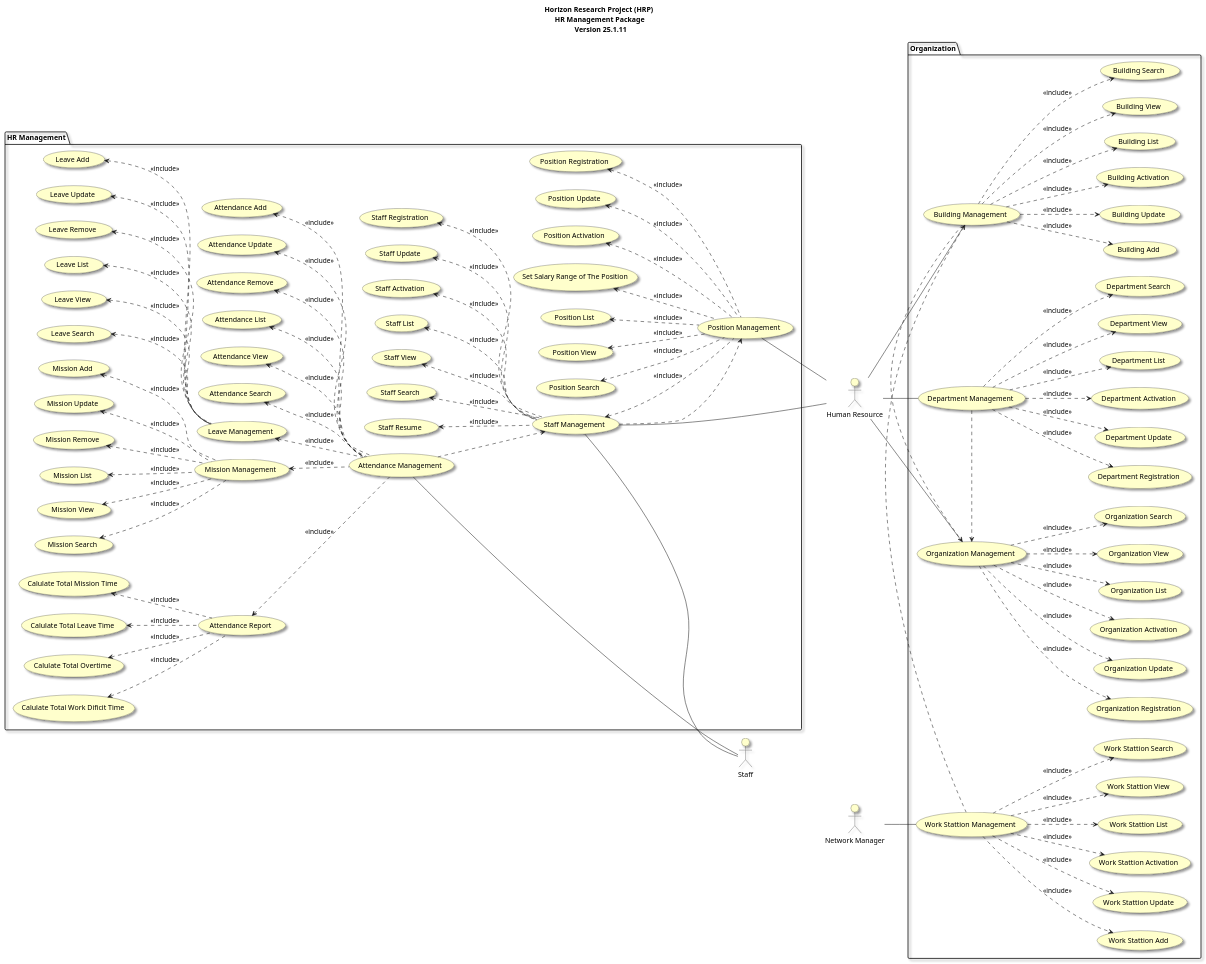
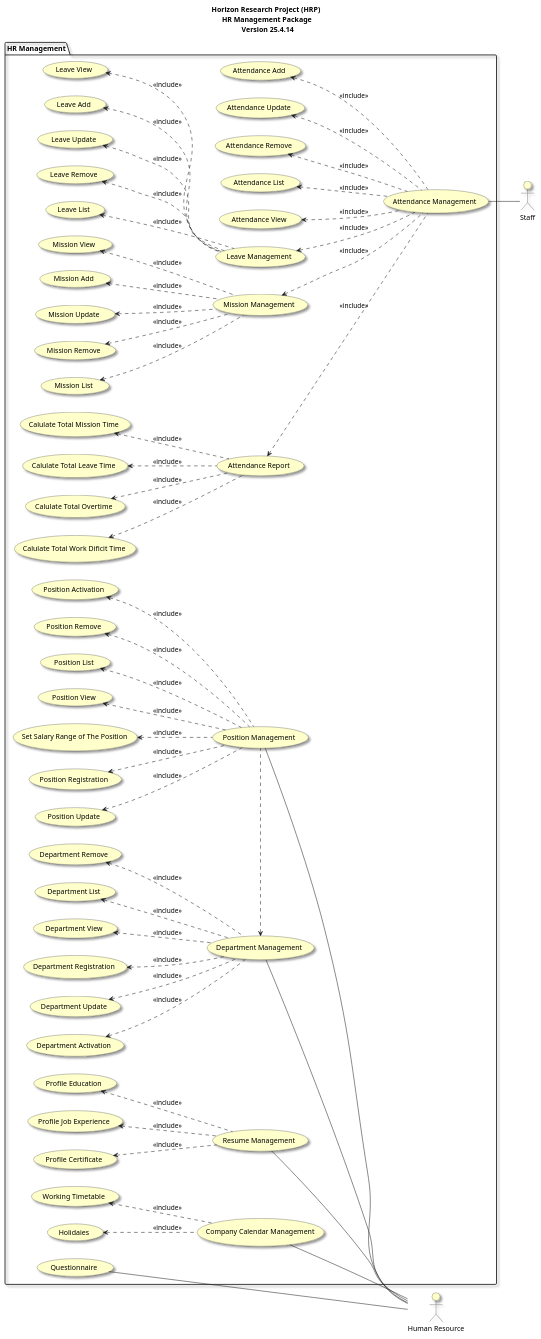
Before and after one commit to mahyaresteki/Horizon: the diagram in 3-HorizonModeling/HorizonUml/UseCase/Use Case/Packages/HRManagementUseCaseDiagram.puml, drawn with PlantUML. The commit also changed 1 other file, not shown here.

```diff
--- a/3-HorizonModeling/HorizonUml/UseCase/Use Case/Packages/HRManagementUseCaseDiagram.puml
+++ b/3-HorizonModeling/HorizonUml/UseCase/Use Case/Packages/HRManagementUseCaseDiagram.puml
@@ -1,174 +1,126 @@
 @startuml
 left to right direction
 
 skinparam useCaseBackgroundColor #Business
 skinparam actorBackgroundColor #Business
 skinparam Shadowing True
 
-title Horizon Research Project (HRP) \n HR Management Package \n Version 25.1.11
+title Horizon Research Project (HRP) \n HR Management Package \n Version 25.4.14
 
 :Human Resource: as HR
-:Network Manager: as NetworkManager
 :Staff: as Staff
 
 package "HR Management"{
+    usecase "Department Management" as departmentManagement
+    usecase "Department Registration" as departmentRegistration
+    usecase "Department Update" as departmentUpdate
+    usecase "Department Activation" as departmentActivation
+    usecase "Department Remove" as departmentRemove
+    usecase "Department List" as departmentList
+    usecase "Department View" as departmentView
+
     usecase "Position Management" as positionManagement
     usecase "Position Registration" as positionRegistration
     usecase "Position Update" as positionUpdate
     usecase "Position Activation" as positionActivation
-    usecase "Set Salary Range of The Position" as setPositionSalaryrange
+    usecase "Position Remove" as positionRemove
     usecase "Position List" as positionList
     usecase "Position View" as positionView
-    usecase "Position Search" as positionSearch
-    usecase "Staff Management" as staffManagement
-    usecase "Staff Registration" as staffRegistration
-    usecase "Staff Update" as staffUpdate
-    usecase "Staff Activation" as staffActivation
-    usecase "Staff List" as staffList
-    usecase "Staff View" as staffView
-    usecase "Staff Search" as staffSearch
-    usecase "Staff Resume" as staffResume
+    usecase "Set Salary Range of The Position" as setPositionSalaryrange
+
     usecase "Attendance Management" as attendanceManagement
     usecase "Attendance Add" as attendanceAdd
     usecase "Attendance Update" as AttendanceUpdate
     usecase "Attendance Remove" as AttendanceRemove
     usecase "Attendance List" as attendanceList
     usecase "Attendance View" as attendanceView
-    usecase "Attendance Search" as attendanceSearch
+
     usecase "Leave Management" as leaveManagement
     usecase "Leave Add" as leaveAdd
     usecase "Leave Update" as leaveUpdate
     usecase "Leave Remove" as leaveRemove
     usecase "Leave List" as leaveList
     usecase "Leave View" as leaveView
-    usecase "Leave Search" as leaveSearch
+
     usecase "Mission Management" as missionManagement
     usecase "Mission Add" as missionAdd
     usecase "Mission Update" as missionUpdate
     usecase "Mission Remove" as missionRemove
     usecase "Mission List" as missionList
     usecase "Mission View" as missionView
-    usecase "Mission Search" as missionSearch
+
     usecase "Attendance Report" as attendanceReport
     usecase "Calulate Total Mission Time" as totalMissionTime
     usecase "Calulate Total Leave Time" as totalLeaveTime
     usecase "Calulate Total Overtime" as totalOvertime
     usecase "Calulate Total Work Dificit Time" as totalWorkDificitTime
-    
+
+    usecase "Resume Management" as resumeManagement
+    usecase "Profile Education" as profileEducation
+    usecase "Profile Job Experience" as profileJobExperience
+    usecase "Profile Certificate" as profileCertificate
+
+    usecase "Company Calendar Management" as compnayCalendarManagement
+    usecase "Working Timetable" as workingTimeTable
+    usecase "Holidaies" as holidaies
+    usecase "Questionnaire" as questionnaire
 }
 
-package "Organization"{
-    usecase "Organization Management" as organizationManagement
-    usecase "Organization Registration" as organizationRegistration
-    usecase "Organization Update" as organizationUpdate
-    usecase "Organization Activation" as organizationActivation
-    usecase "Organization List" as organizationList
-    usecase "Organization View" as organizationView
-    usecase "Organization Search" as organizationSearch
-    usecase "Department Management" as departmentManagement
-    usecase "Department Registration" as departmentRegistration
-    usecase "Department Update" as departmentUpdate
-    usecase "Department Activation" as departmentActivation
-    usecase "Department List" as departmentList
-    usecase "Department View" as departmentView
-    usecase "Department Search" as departmentSearch
-    usecase "Building Management" as buildingManagement
-    usecase "Building Add" as buildingAdd
-    usecase "Building Update" as buildingUpdate
-    usecase "Building Activation" as buildingActivation
-    usecase "Building List" as buildingList
-    usecase "Building View" as buildingView
-    usecase "Building Search" as buildingSearch
-    usecase "Work Stattion Management" as workStationManagement
-    usecase "Work Stattion Add" as workStationAdd
-    usecase "Work Stattion Update" as workStationUpdate
-    usecase "Work Stattion Activation" as workStationActivation
-    usecase "Work Stattion List" as workStationList
-    usecase "Work Stattion View" as workStationView
-    usecase "Work Stattion Search" as workStationSearch
-}
 
-HR -- departmentManagement
-HR -- organizationManagement
-HR -- buildingManagement
-NetworkManager -- workStationManagement
 
-departmentManagement .> organizationManagement
-buildingManagement <. workStationManagement
-buildingManagement .> organizationManagement
 
-organizationManagement ..> organizationRegistration : <<include>>
-organizationManagement ..> organizationUpdate : <<include>>
-organizationManagement ..> organizationActivation : <<include>>
-organizationManagement ..> organizationList : <<include>>
-organizationManagement ..> organizationView : <<include>>
-organizationManagement ..> organizationSearch : <<include>>
-departmentManagement ..> departmentRegistration : <<include>>
-departmentManagement ..> departmentUpdate : <<include>>
-departmentManagement ..> departmentActivation : <<include>>
-departmentManagement ..> departmentList : <<include>>
-departmentManagement ..> departmentView : <<include>>
-departmentManagement ..> departmentSearch : <<include>>
-buildingManagement ..> buildingAdd : <<include>>
-buildingManagement ..> buildingUpdate : <<include>>
-buildingManagement ..> buildingActivation : <<include>>
-buildingManagement ..> buildingList : <<include>>
-buildingManagement ..> buildingView : <<include>>
-buildingManagement ..> buildingSearch : <<include>>
-workStationManagement ..> workStationAdd : <<include>>
-workStationManagement ..> workStationUpdate : <<include>>
-workStationManagement ..> workStationActivation : <<include>>
-workStationManagement ..> workStationList : <<include>>
-workStationManagement ..> workStationView : <<include>>
-workStationManagement ..> workStationSearch : <<include>>
+departmentRegistration <.. departmentManagement : <<include>>
+departmentUpdate <.. departmentManagement : <<include>>
+departmentActivation <.. departmentManagement : <<include>>
+departmentRemove <.. departmentManagement : <<include>>
+departmentList <.. departmentManagement : <<include>>
+departmentView <.. departmentManagement : <<include>>
 
-staffManagement -- HR
+departmentManagement -- HR
 positionManagement -- HR
-staffManagement -- Staff
+resumeManagement -- HR
+compnayCalendarManagement -- HR
+questionnaire -- HR
 attendanceManagement -- Staff
-
-staffManagement ..> positionManagement
-attendanceManagement ..> staffManagement
-
-staffRegistration <.. staffManagement : <<include>>
-staffUpdate <.. staffManagement : <<include>>
-staffActivation <.. staffManagement : <<include>>
-staffList <.. staffManagement : <<include>>
-staffView <.. staffManagement : <<include>>
-staffSearch <.. staffManagement : <<include>>
-staffResume <.. staffManagement : <<include>>
+departmentManagement <. positionManagement
 positionRegistration <.. positionManagement : <<include>>
 positionUpdate <.. positionManagement : <<include>>
+positionRemove <.. positionManagement : <<include>>
 positionActivation <.. positionManagement : <<include>>
 positionList <.. positionManagement : <<include>>
 positionView <.. positionManagement : <<include>>
-positionSearch <.. positionManagement : <<include>>
 setPositionSalaryrange <.. positionManagement : <<include>>
-staffManagement <.. positionManagement : <<include>>
 
 attendanceAdd <.. attendanceManagement : <<include>>
 AttendanceUpdate <.. attendanceManagement : <<include>>
 AttendanceRemove <.. attendanceManagement : <<include>>
 attendanceList <.. attendanceManagement : <<include>>
 attendanceView <.. attendanceManagement : <<include>>
-attendanceSearch <.. attendanceManagement : <<include>>
+
 leaveManagement <.. attendanceManagement : <<include>>
 leaveAdd <.. leaveManagement : <<include>>
 leaveUpdate <.. leaveManagement : <<include>>
 leaveRemove <.. leaveManagement : <<include>>
 leaveList <.. leaveManagement : <<include>>
 leaveView <.. leaveManagement : <<include>>
-leaveSearch <.. leaveManagement : <<include>>
+
 missionManagement <.. attendanceManagement : <<include>>
 missionAdd <.. missionManagement : <<include>>
 missionUpdate <.. missionManagement : <<include>>
 missionRemove <.. missionManagement : <<include>>
 missionList <.. missionManagement : <<include>>
 missionView <.. missionManagement : <<include>>
-missionSearch <.. missionManagement : <<include>>
+
 attendanceReport <.. attendanceManagement : <<include>>
 totalMissionTime <.. attendanceReport : <<include>>
 totalLeaveTime <.. attendanceReport : <<include>>
 totalOvertime <.. attendanceReport : <<include>>
 totalWorkDificitTime <.. attendanceReport : <<include>>
+
+profileEducation <.. resumeManagement : <<include>>
+profileJobExperience <.. resumeManagement : <<include>>
+profileCertificate <.. resumeManagement : <<include>>
+
+workingTimeTable <.. compnayCalendarManagement : <<include>>
+holidaies <.. compnayCalendarManagement : <<include>>
 @enduml
```
